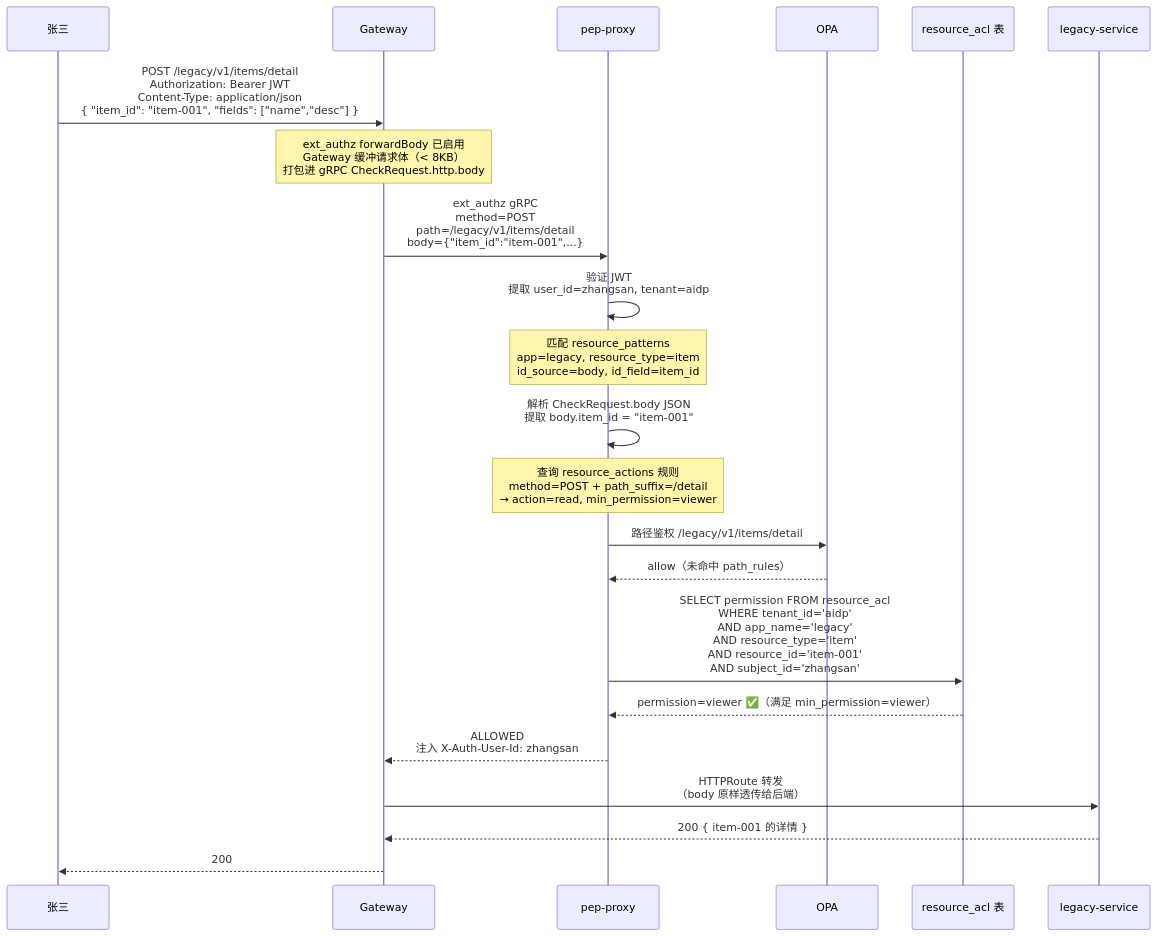
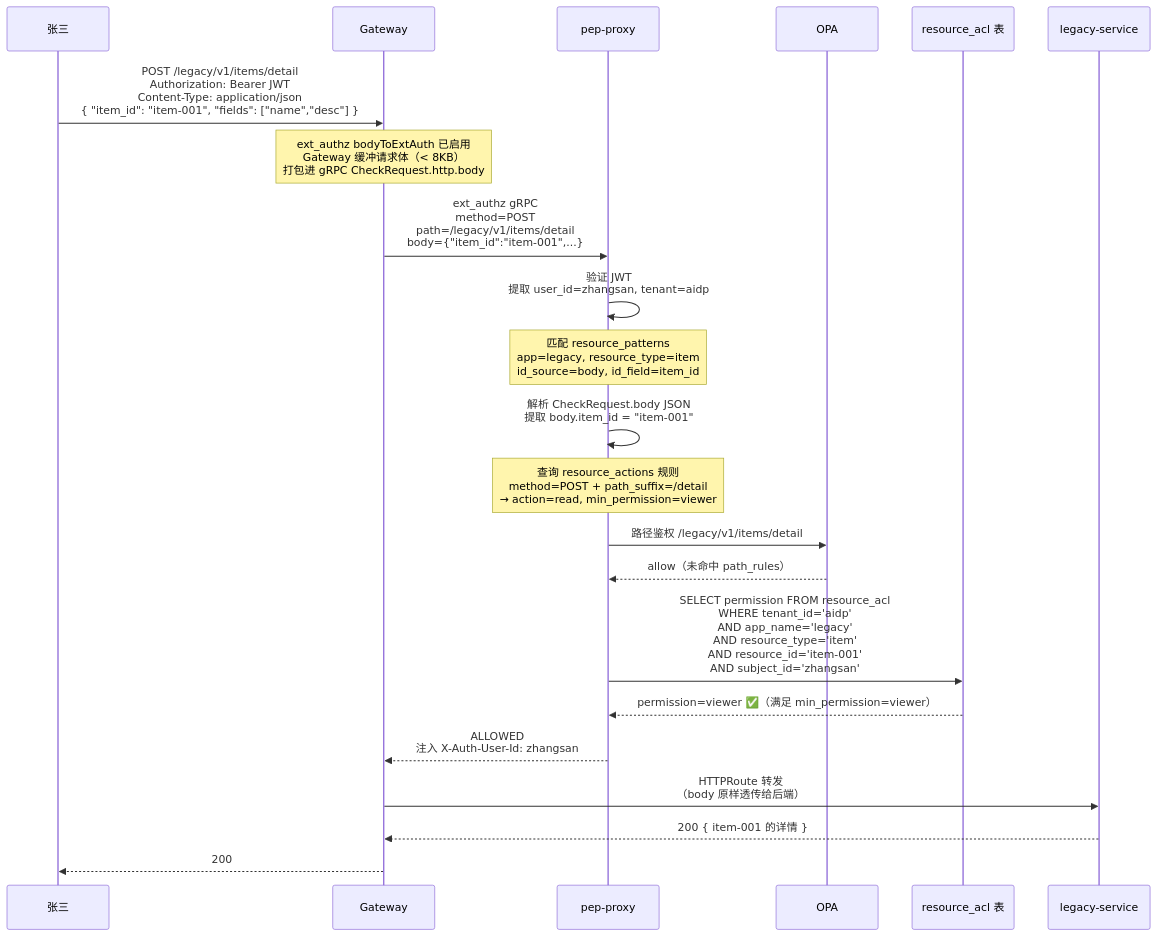
One commit to xiewanchao/aidp-iam changed the ninth of 18 diagrams in diagrams/request-flow.md. Above: the diagram before and after it, drawn with Mermaid. The commit also changed other lines of this file and 47 other files, not shown here.

````diff
--- a/diagrams/request-flow.md
+++ b/diagrams/request-flow.md
@@ -363,32 +363,32 @@
 ```mermaid
 sequenceDiagram
     participant U as 张三
     participant GW as Gateway
     participant PEP as pep-proxy
     participant OPA as OPA
     participant DB as resource_acl 表
     participant APP as legacy-service
 
     U->>GW: POST /legacy/v1/items/detail<br/>Authorization: Bearer JWT<br/>Content-Type: application/json<br/>{ "item_id": "item-001", "fields": ["name","desc"] }
 
-    Note over GW: ext_authz forwardBody 已启用<br/>Gateway 缓冲请求体（< 8KB）<br/>打包进 gRPC CheckRequest.http.body
+    Note over GW: ext_authz bodyToExtAuth 已启用<br/>Gateway 缓冲请求体（< 8KB）<br/>打包进 gRPC CheckRequest.http.body
     GW->>PEP: ext_authz gRPC<br/>method=POST<br/>path=/legacy/v1/items/detail<br/>body={"item_id":"item-001",...}
 
     PEP->>PEP: 验证 JWT<br/>提取 user_id=zhangsan, tenant=aidp
 
     Note over PEP: 匹配 resource_patterns<br/>app=legacy, resource_type=item<br/>id_source=body, id_field=item_id
     PEP->>PEP: 解析 CheckRequest.body JSON<br/>提取 body.item_id = "item-001"
 
     Note over PEP: 查询 resource_actions 规则<br/>method=POST + path_suffix=/detail<br/>→ action=read, min_permission=viewer
 
     PEP->>OPA: 路径鉴权 /legacy/v1/items/detail
     OPA-->>PEP: allow（未命中 path_rules）
 
     PEP->>DB: SELECT permission FROM resource_acl<br/>WHERE tenant_id='aidp'<br/>AND app_name='legacy'<br/>AND resource_type='item'<br/>AND resource_id='item-001'<br/>AND subject_id='zhangsan'
     DB-->>PEP: permission=viewer ✅（满足 min_permission=viewer）
 
     PEP-->>GW: ALLOWED<br/>注入 X-Auth-User-Id: zhangsan
     GW->>APP: HTTPRoute 转发<br/>（body 原样透传给后端）
     APP-->>GW: 200 { item-001 的详情 }
     GW-->>U: 200
 ```
````
